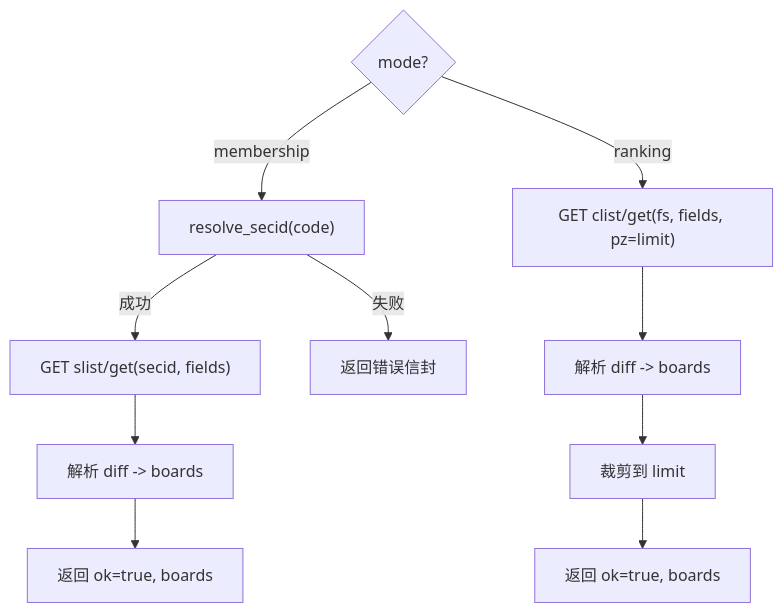
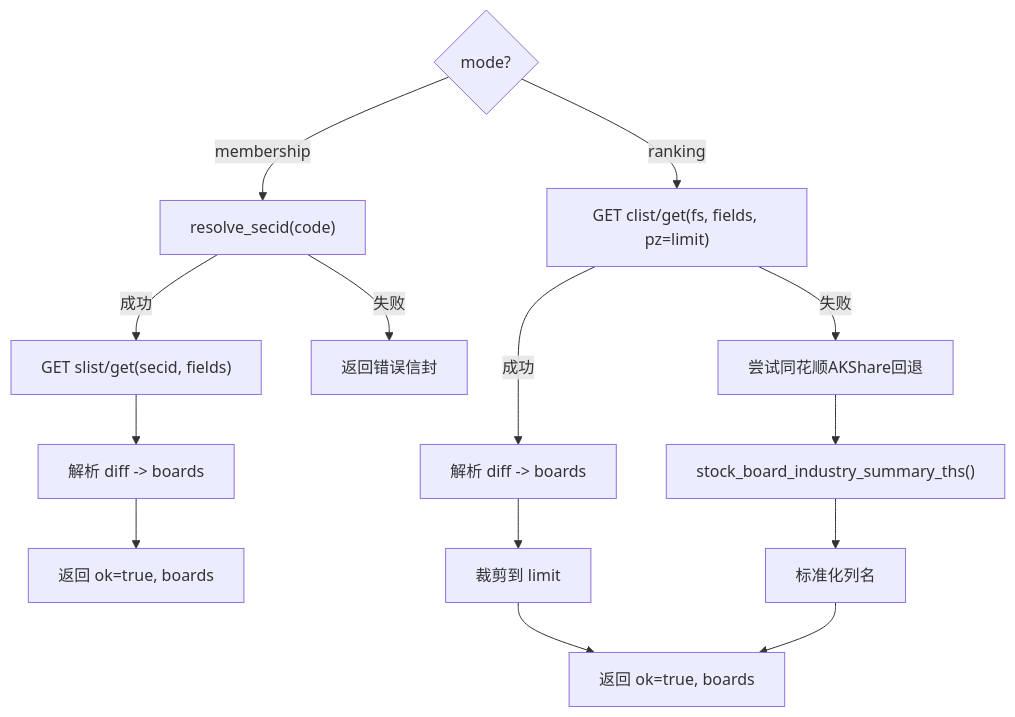
One commit to 20012002er/Vibe-Trading changed the sixth of 8 diagrams in .qoder/repowiki/zh/content/AI代理系统/工具系统/内置工具库/市场数据工具.md. Above: the diagram before and after it, drawn with Mermaid. The commit also changed other lines of this file and 5 other files, not shown here.

````diff
--- a/.qoder/repowiki/zh/content/AI代理系统/工具系统/内置工具库/市场数据工具.md
+++ b/.qoder/repowiki/zh/content/AI代理系统/工具系统/内置工具库/市场数据工具.md
@@ -256,13 +327,17 @@
 ```mermaid
 flowchart TD
 Mode{"mode?"}
 Mode --> |membership| Resolve["resolve_secid(code)"]
 Resolve --> |成功| FetchM["GET slist/get(secid, fields)"]
 Resolve --> |失败| Err["返回错误信封"]
 FetchM --> ParseM["解析 diff -> boards"]
 ParseM --> OutM["返回 ok=true, boards"]
 Mode --> |ranking| FetchR["GET clist/get(fs, fields, pz=limit)"]
-FetchR --> ParseR["解析 diff -> boards"]
+FetchR --> |成功| ParseR["解析 diff -> boards"]
+FetchR --> |失败| Fallback["尝试同花顺AKShare回退"]
 ParseR --> Cap["裁剪到 limit"]
 Cap --> OutR["返回 ok=true, boards"]
+Fallback --> THS["stock_board_industry_summary_ths()"]
+THS --> Normalize["标准化列名"]
+Normalize --> OutR
 ```
````
